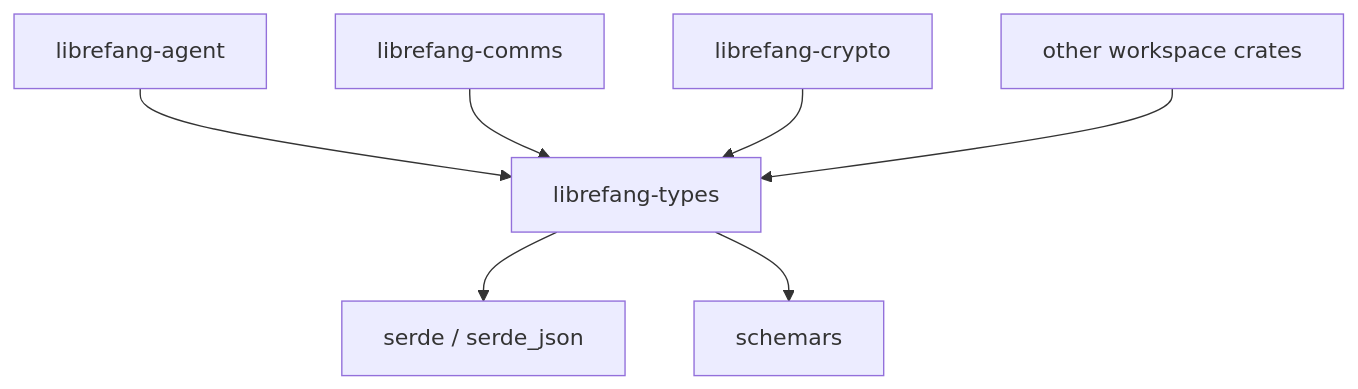
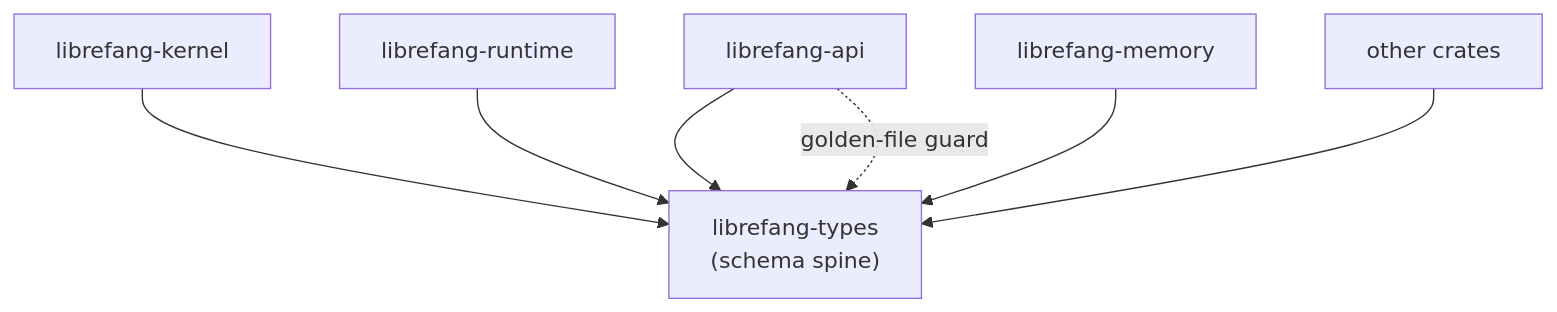
One commit to leszek3737/librefang-WIki changed the diagram in other-librefang-types.md. Above: the diagram before and after it, drawn with Mermaid. The commit also changed other lines of this file and 100 other files, not shown here.

````diff
--- a/other-librefang-types.md
+++ b/other-librefang-types.md
@@ -15,9 +9,17 @@
 ```mermaid
 graph TD
-    A[librefang-agent] --> T[librefang-types]
-    B[librefang-comms] --> T
-    C[librefang-crypto] --> T
-    D[other workspace crates] --> T
-    T --> S[serde / serde_json]
-    T --> SC[schemars]
+    LT["librefang-types<br/>(schema spine)"]
+    LK["librefang-kernel"]
+    LA["librefang-api"]
+    LR["librefang-runtime"]
+    LM["librefang-memory"]
+    LO["other crates"]
+
+    LK --> LT
+    LA --> LT
+    LR --> LT
+    LM --> LT
+    LO --> LT
+
+    LA -.->|golden-file guard| LT
 ```
````
